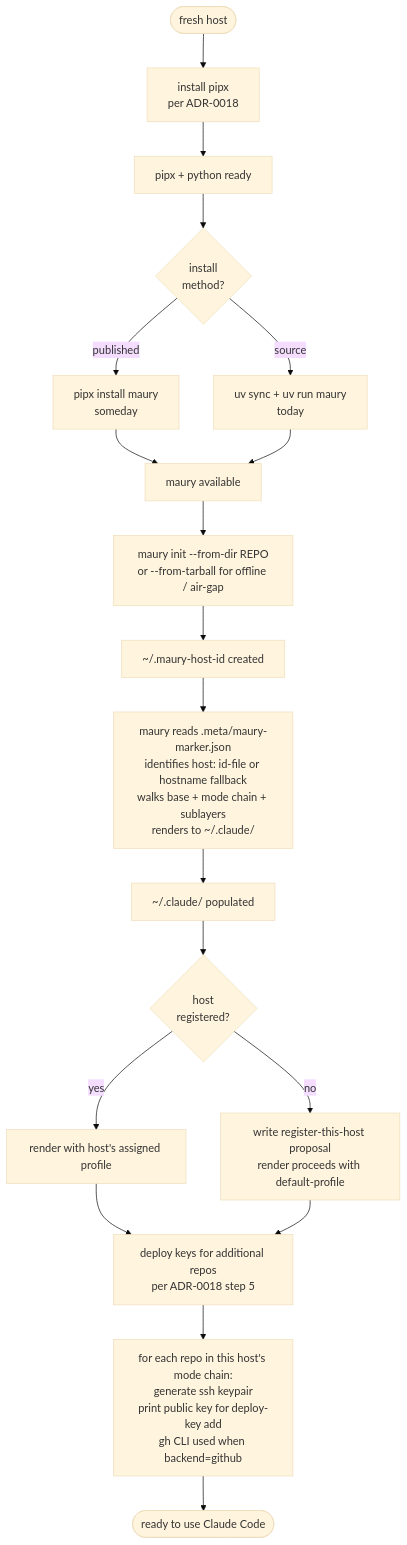
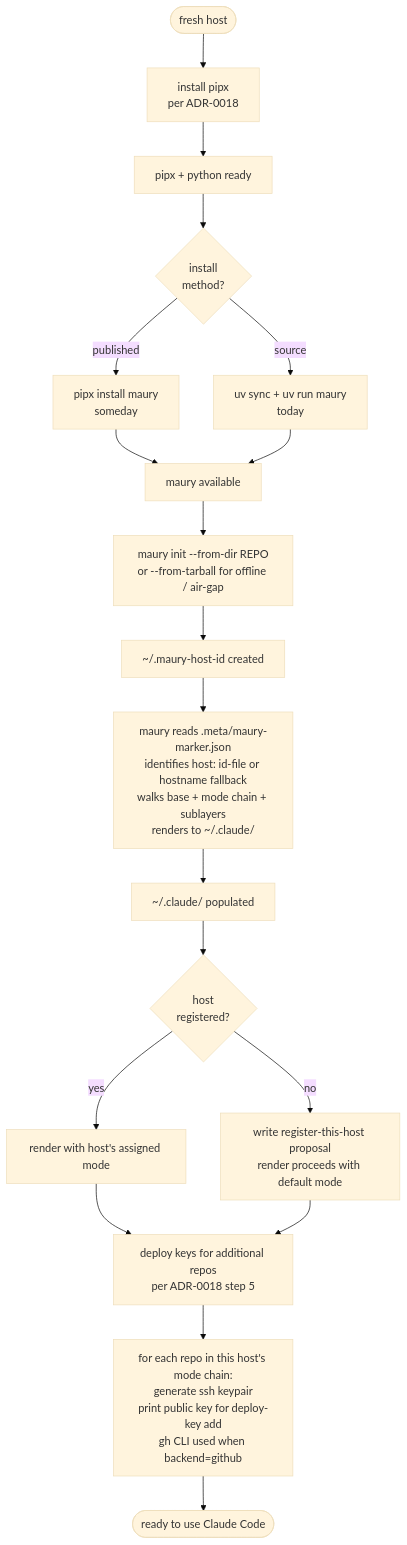
Before and after one commit to csmarshall/maury: the first of 4 diagrams in docs/workflow.md, drawn with Mermaid (base theme). The commit also changed 14 other files, not shown here.

````diff
--- a/docs/workflow.md
+++ b/docs/workflow.md
@@ -25,21 +25,21 @@
 ```mermaid
 flowchart TD
     Fresh([fresh host]) --> Pipx[install pipx<br/>per ADR-0018]
     Pipx --> Ready[pipx + python ready]
     Ready --> Install{install<br/>method?}
     Install -->|published| Pip[pipx install maury<br/>someday]
     Install -->|source| UV[uv sync + uv run maury<br/>today]
     Pip --> Avail[maury available]
     UV --> Avail
     Avail --> Init[maury init --from-dir REPO<br/>or --from-tarball for offline / air-gap]
     Init --> HostID[~/.maury-host-id created]
     HostID --> Read[maury reads .meta/maury-marker.json<br/>identifies host: id-file or hostname fallback<br/>walks base + mode chain + sublayers<br/>renders to ~/.claude/]
     Read --> Populated[~/.claude/ populated]
     Populated --> Reg{host<br/>registered?}
-    Reg -->|yes| Assigned[render with host's assigned profile]
-    Reg -->|no| ProposeReg[write register-this-host proposal<br/>render proceeds with default-profile]
+    Reg -->|yes| Assigned[render with host's assigned mode]
+    Reg -->|no| ProposeReg[write register-this-host proposal<br/>render proceeds with default mode]
     Assigned --> Keys[deploy keys for additional repos<br/>per ADR-0018 step 5]
     ProposeReg --> Keys
     Keys --> KeysLoop[for each repo in this host's mode chain:<br/>generate ssh keypair<br/>print public key for deploy-key add<br/>gh CLI used when backend=github]
     KeysLoop --> Done([ready to use Claude Code])
 ```
````
